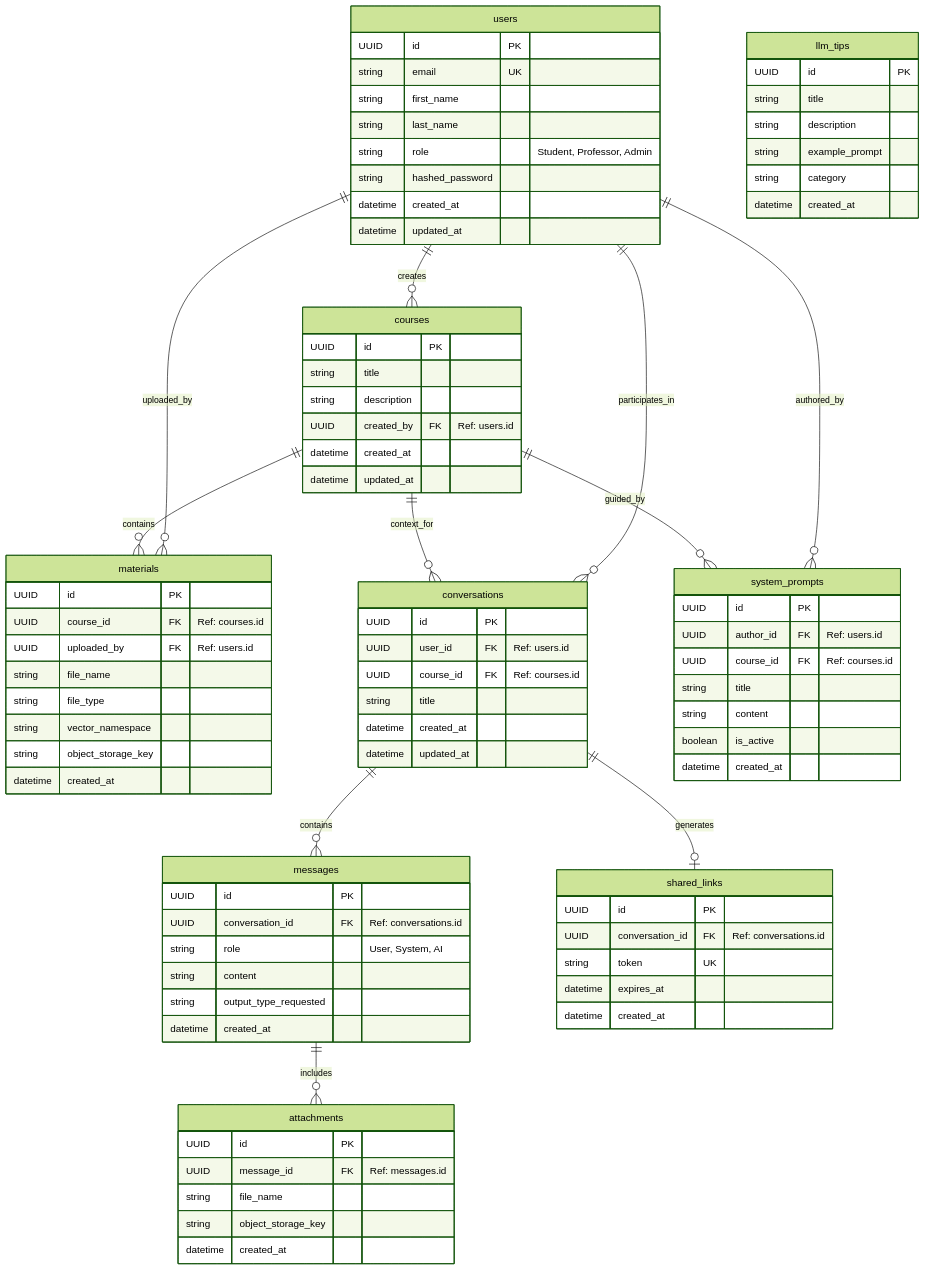
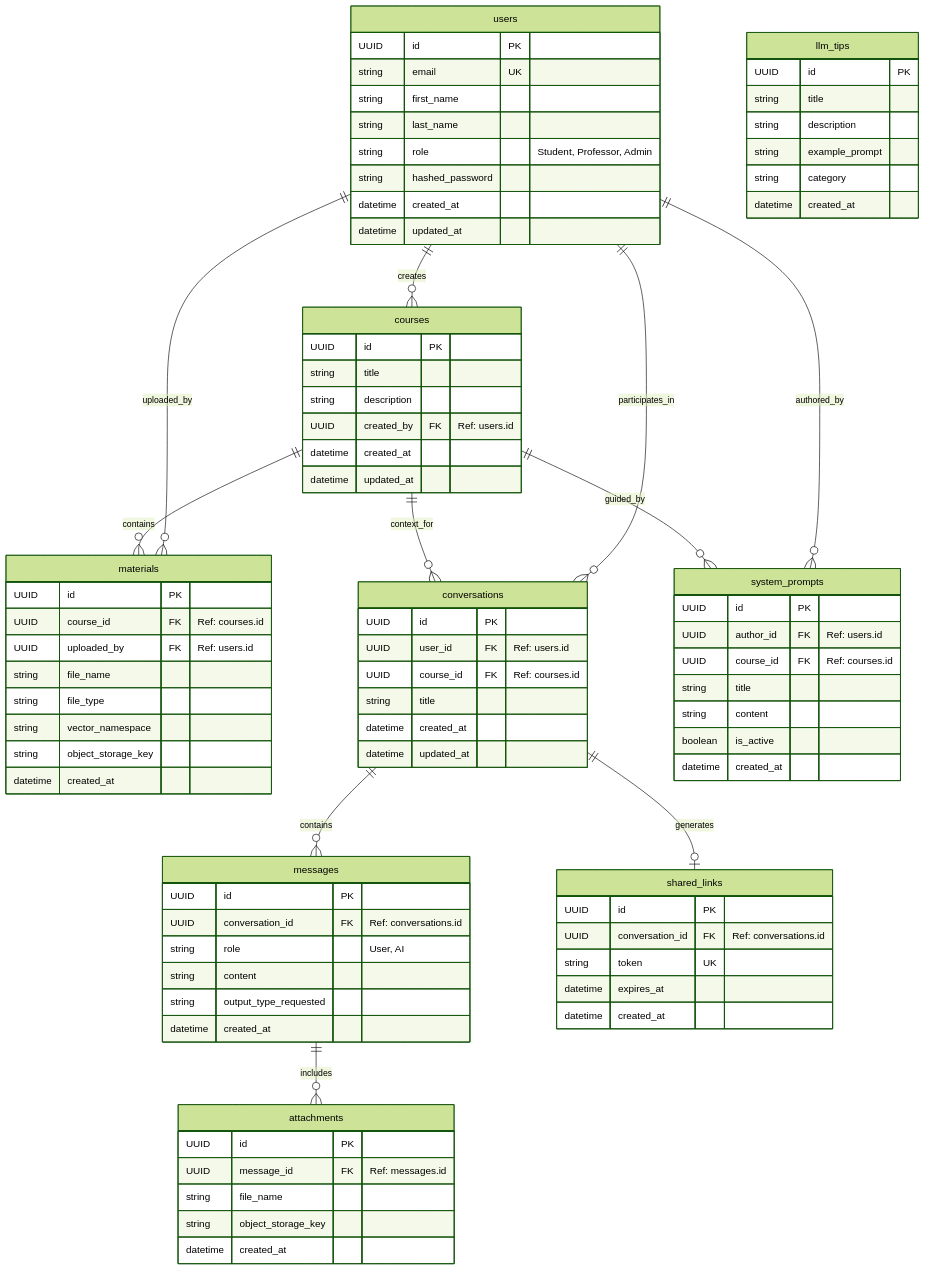
One commit to ULBS-cauci/backend changed the first of 3 diagrams in DATABASE_SCHEMA.md. Above: the diagram before and after it, drawn with Mermaid (forest theme).

Commit message:
Potential fix for pull request finding

```diff
--- a/DATABASE_SCHEMA.md
+++ b/DATABASE_SCHEMA.md
@@ -50,7 +50,7 @@
     messages {
         UUID id PK
         UUID conversation_id FK "Ref: conversations.id"
-        string role "User, System, AI"
+        string role "User, AI"
         string content
         string output_type_requested
         datetime created_at
```
